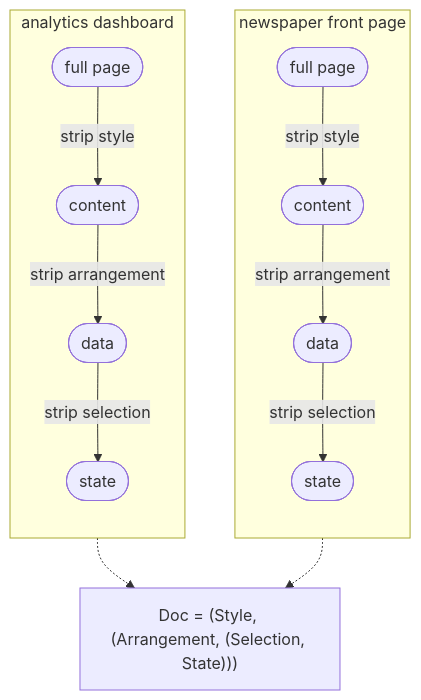
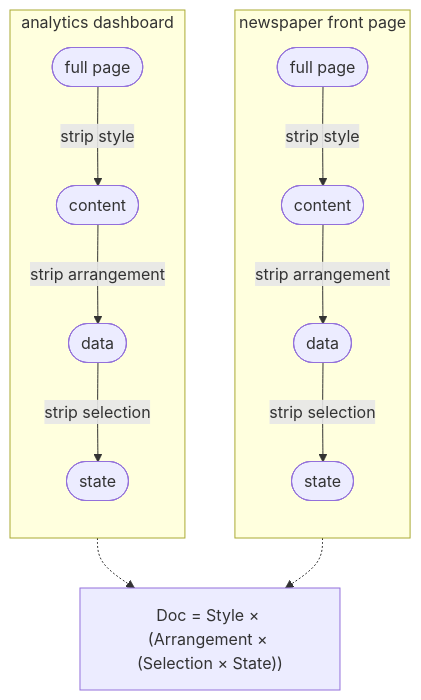
One commit to AtomGraph/First-Principles-of-the-Web changed the second of 11 diagrams in first-principles-of-the-web.md. Above: the diagram before and after it, drawn with Mermaid. The commit also changed other lines of this file, not shown here.

````diff
--- a/first-principles-of-the-web.md
+++ b/first-principles-of-the-web.md
@@ -181,17 +181,17 @@
 ```mermaid
 flowchart TB
     subgraph paper["newspaper front page"]
         direction TB
         p0(["full page"]) -- "strip style" --> p1(["content"])
         p1 -- "strip arrangement" --> p2(["data"])
         p2 -- "strip selection" --> p3(["state"])
     end
     subgraph dash["analytics dashboard"]
         direction TB
         d0(["full page"]) -- "strip style" --> d1(["content"])
         d1 -- "strip arrangement" --> d2(["data"])
         d2 -- "strip selection" --> d3(["state"])
     end
-    p3 -.-> skel["Doc = (Style, (Arrangement, (Selection, State)))"]
+    p3 -.-> skel["Doc = Style × (Arrangement × (Selection × State))"]
     d3 -.-> skel
 ```
````
